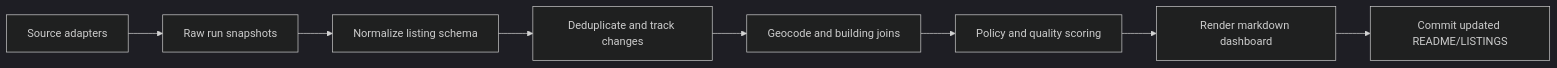
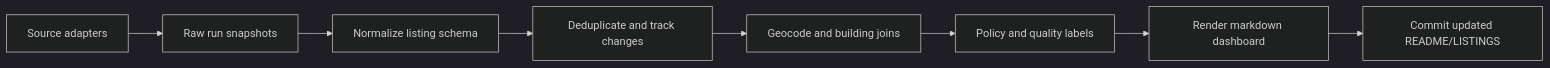
The diagram in docs/plan.md (arman0z/nyc-apartments), drawn with Mermaid (dark theme) before and after one commit. The commit also changed other lines of this file and 13 other files, not shown here.

````diff
--- a/docs/plan.md
+++ b/docs/plan.md
@@ -46,10 +48,10 @@
 ```mermaid
 flowchart LR
   A["Source adapters"] --> B["Raw run snapshots"]
   B --> C["Normalize listing schema"]
   C --> D["Deduplicate and track changes"]
   D --> E["Geocode and building joins"]
-  E --> F["Policy and quality scoring"]
+  E --> F["Policy and quality labels"]
   F --> G["Render markdown dashboard"]
   G --> H["Commit updated README/LISTINGS"]
 ```
````
